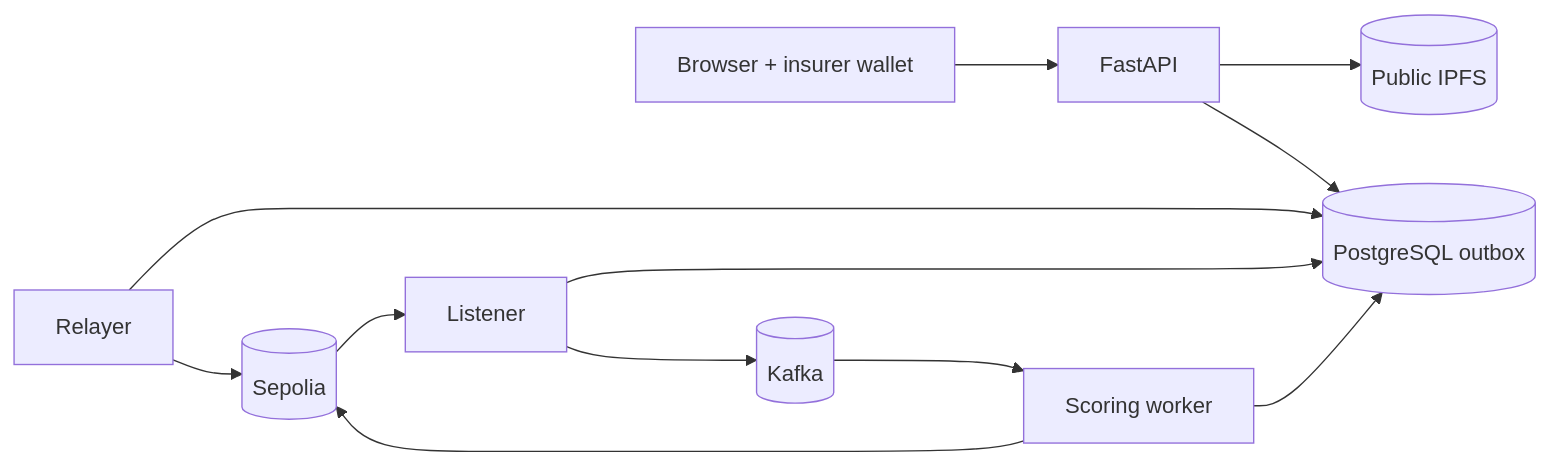
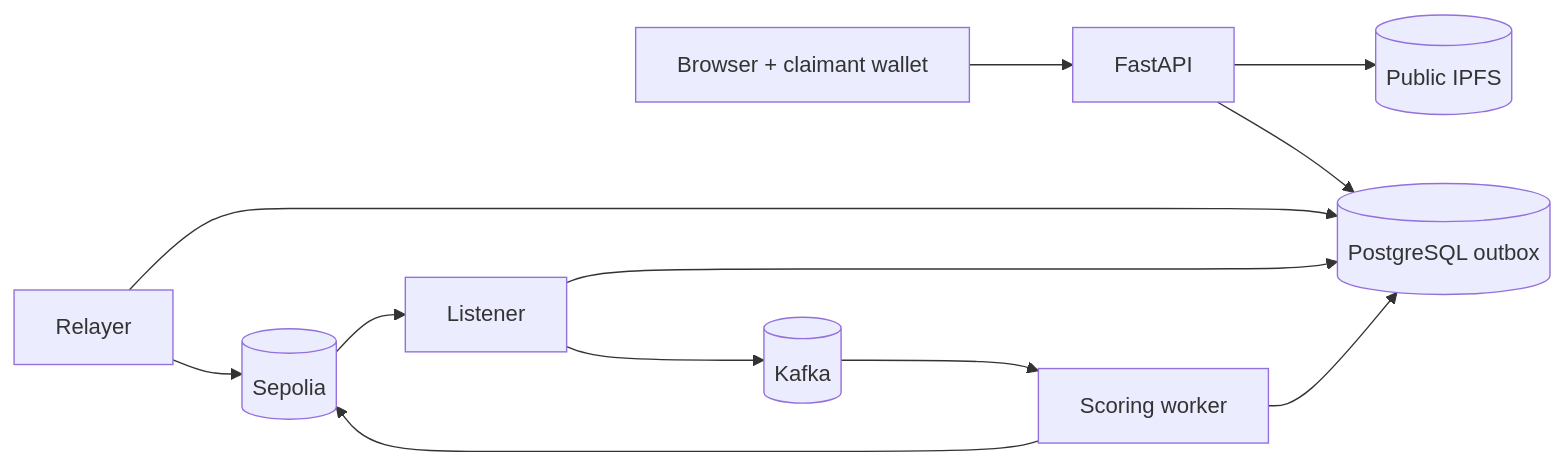
One commit to ganesh1997oli/Decentralized-Claims-Registry changed the diagram in LOCAL_DEVELOPMENT.md. Above: the diagram before and after it, drawn with Mermaid. The commit also changed other lines of this file and 55 other files, not shown here.

````diff
--- a/LOCAL_DEVELOPMENT.md
+++ b/LOCAL_DEVELOPMENT.md
@@ -29,14 +29,14 @@
 ```mermaid
 flowchart LR
-    Browser["Browser + insurer wallet"] --> API["FastAPI"]
+    Browser["Browser + claimant wallet"] --> API["FastAPI"]
     API --> IPFS[("Public IPFS")]
     API --> DB[("PostgreSQL outbox")]
     Relayer["Relayer"] --> DB
     Relayer --> Chain[("Sepolia")]
     Chain --> Listener["Listener"]
     Listener --> DB
     Listener --> Kafka[("Kafka")]
     Kafka --> Worker["Scoring worker"]
     Worker --> DB
     Worker --> Chain
 ```
````
